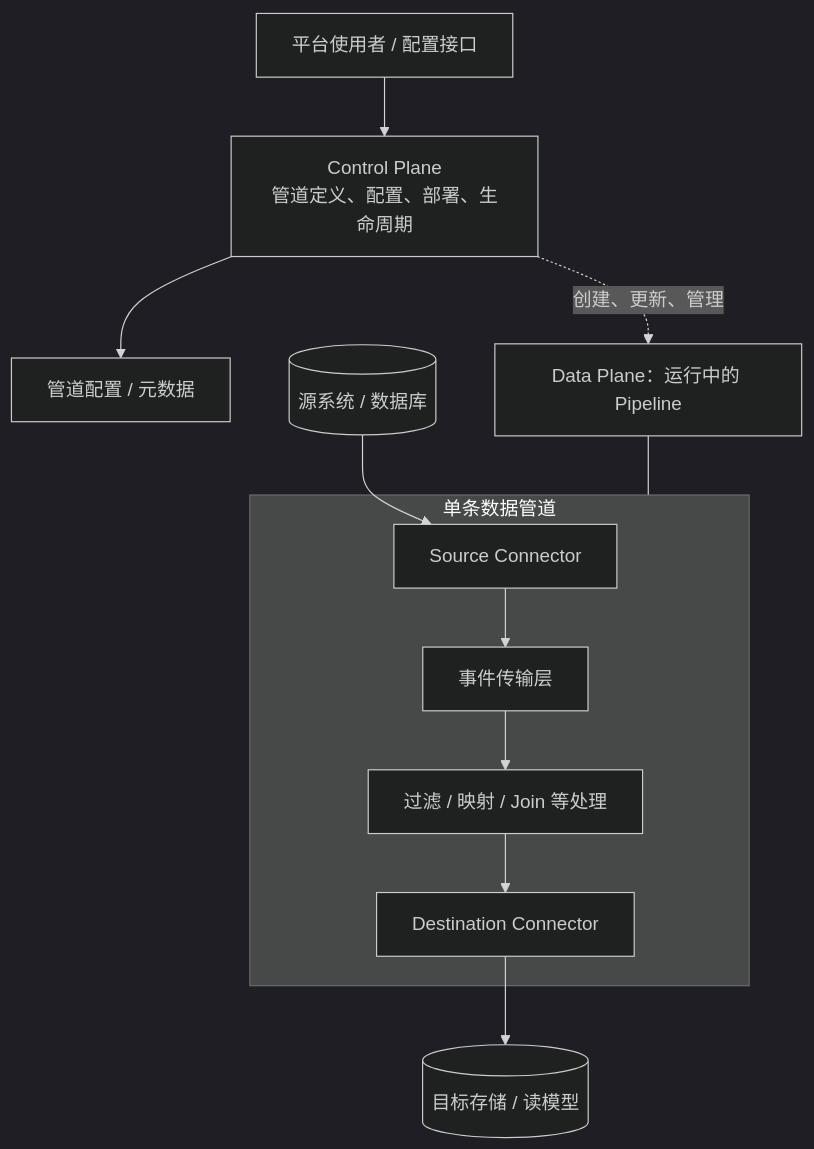
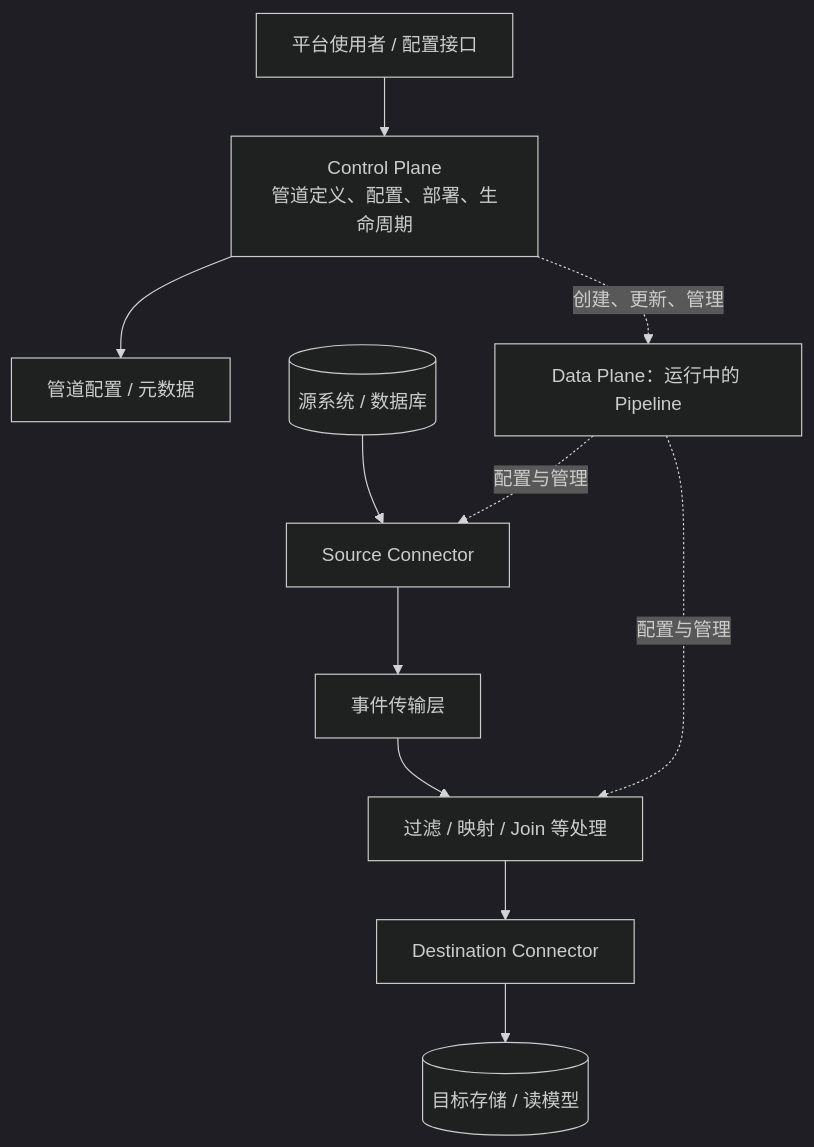
Diagram 15 of 18 in src/content/blog/financial-services-cqrs-postgres-snowflake.md (devweekly/devweekly.github.io), drawn with Mermaid (dark theme) before and after one commit.

Commit message:
Make Netflix Data Mesh Mermaid control and data plane relationships explicit

```diff
--- a/src/content/blog/financial-services-cqrs-postgres-snowflake.md
+++ b/src/content/blog/financial-services-cqrs-postgres-snowflake.md
@@ -782,12 +782,10 @@
 ~~~mermaid
 flowchart TB
     Operator["平台使用者 / 配置接口"] --> Controller["Control Plane<br/>管道定义、配置、部署、生命周期"]
     Controller --> Registry["管道配置 / 元数据"]
     Controller -. "创建、更新、管理" .-> Runtime["Data Plane：运行中的 Pipeline"]
-    subgraph Pipeline["单条数据管道"]
-        Source["Source Connector"] --> Transport["事件传输层"] --> Processor["过滤 / 映射 / Join 等处理"] --> Sink["Destination Connector"]
-    end
-    Runtime --- Pipeline
     SourceDB[("源系统 / 数据库")] --> Source["Source Connector"]
-    Sink --> Target[("目标存储 / 读模型")]
+    Source --> Transport["事件传输层"] --> Processor["过滤 / 映射 / Join 等处理"] --> Sink["Destination Connector"] --> Target[("目标存储 / 读模型")]
+    Runtime -. "配置与管理" .-> Source
+    Runtime -. "配置与管理" .-> Processor
 ~~~
```
